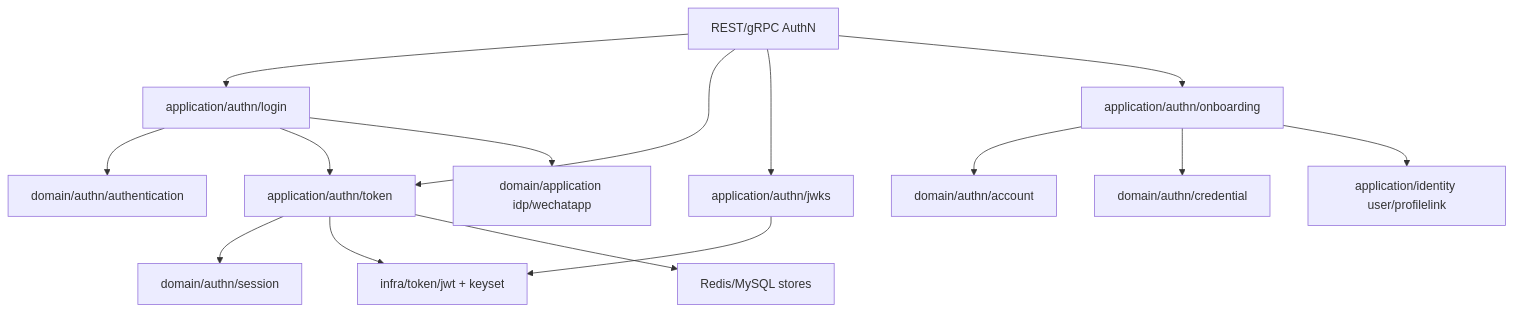
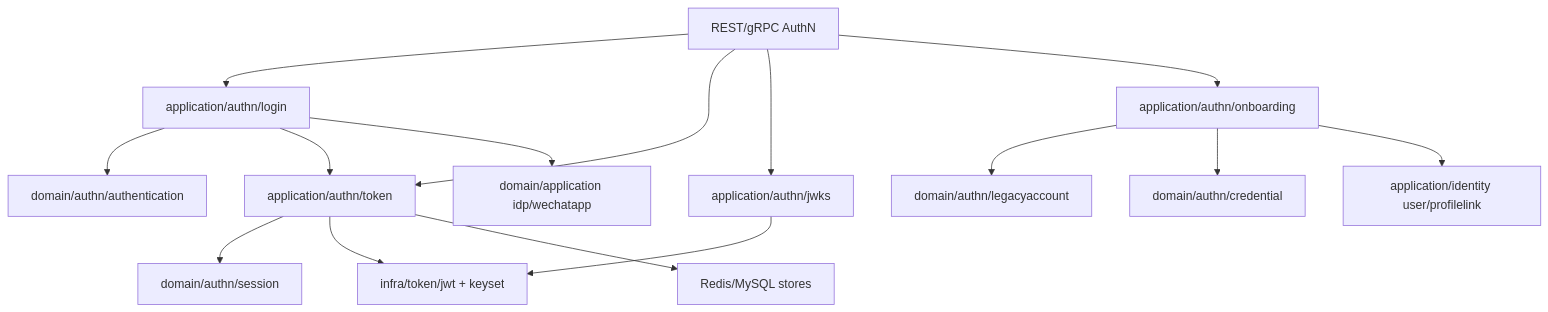
Before and after one commit to FangcunMount/iam: the first of 6 diagrams in docs/_archive/02-业务域/01-authn-认证&Token&JWKS.md, drawn with Mermaid. The commit also changed other lines of this file and 193 other files, not shown here.

````diff
--- a/docs/_archive/02-业务域/01-authn-认证&Token&JWKS.md
+++ b/docs/_archive/02-业务域/01-authn-认证&Token&JWKS.md
@@ -18,33 +18,33 @@
 ```mermaid
 flowchart TD
     Transport["REST/gRPC AuthN"]
     LoginApp["application/authn/login"]
     TokenApp["application/authn/token"]
     JWKSApp["application/authn/jwks"]
     OnboardApp["application/authn/onboarding"]
 
     DomainAuth["domain/authn/authentication"]
-    DomainAccount["domain/authn/account"]
+    DomainAccount["domain/authn/legacyaccount"]
     DomainCredential["domain/authn/credential"]
     DomainSession["domain/authn/session"]
 
     IDP["domain/application idp/wechatapp"]
     Identity["application/identity user/profilelink"]
     TokenInfra["infra/token/jwt + keyset"]
     Store["Redis/MySQL stores"]
 
     Transport --> LoginApp
     Transport --> TokenApp
     Transport --> JWKSApp
     Transport --> OnboardApp
     LoginApp --> DomainAuth
     LoginApp --> TokenApp
     LoginApp --> IDP
     OnboardApp --> DomainAccount
     OnboardApp --> DomainCredential
     OnboardApp --> Identity
     TokenApp --> DomainSession
     TokenApp --> TokenInfra
     TokenApp --> Store
     JWKSApp --> TokenInfra
 ```
````
